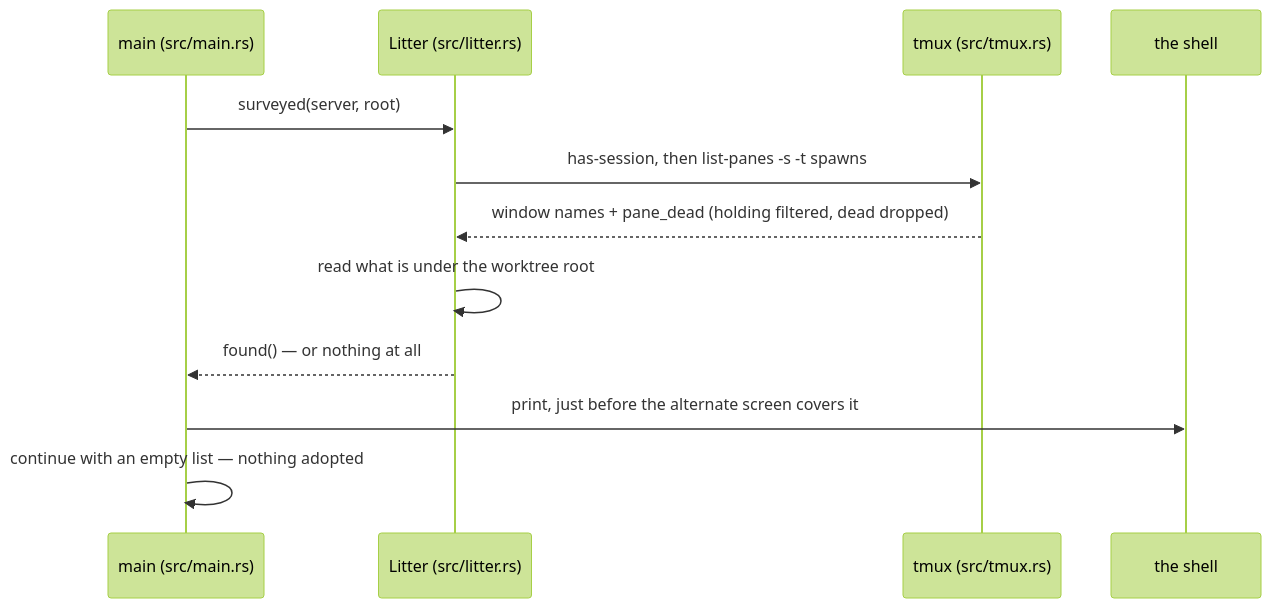
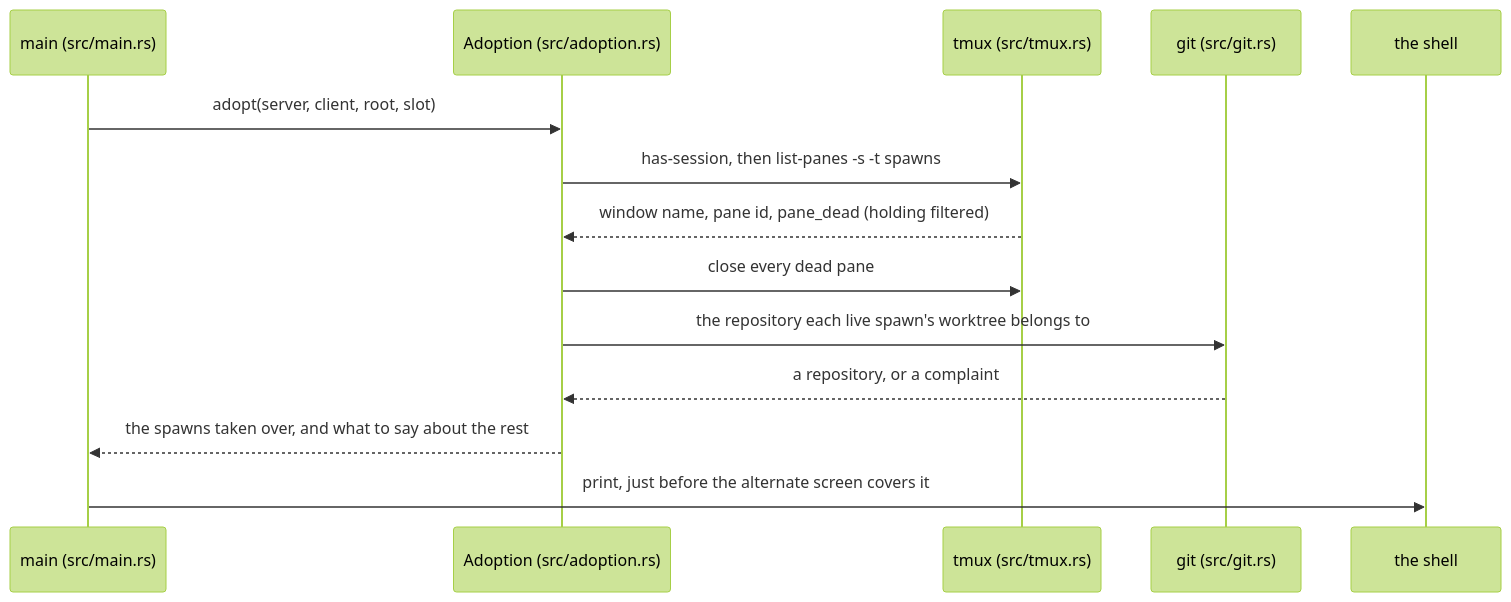
The diagram in docs/developers/scenarios/litter-at-startup.md (sylmarien/harness-launcher), drawn with Mermaid (forest theme) before and after one commit. The commit also changed other lines of this file and 20 other files, not shown here.

First line of the commit message:
Adopt the spawns an earlier run left running

````diff
--- a/docs/developers/scenarios/litter-at-startup.md
+++ b/docs/developers/scenarios/litter-at-startup.md
@@ -35,14 +36,16 @@
 ```mermaid
 sequenceDiagram
     participant M as main (src/main.rs)
-    participant L as Litter (src/litter.rs)
+    participant A as Adoption (src/adoption.rs)
     participant T as tmux (src/tmux.rs)
+    participant G as git (src/git.rs)
     participant Sh as the shell
-    M->>L: surveyed(server, root)
-    L->>T: has-session, then list-panes -s -t spawns
-    T-->>L: window names + pane_dead (holding filtered, dead dropped)
-    L->>L: read what is under the worktree root
-    L-->>M: found() — or nothing at all
+    M->>A: adopt(server, client, root, slot)
+    A->>T: has-session, then list-panes -s -t spawns
+    T-->>A: window name, pane id, pane_dead (holding filtered)
+    A->>T: close every dead pane
+    A->>G: the repository each live spawn's worktree belongs to
+    G-->>A: a repository, or a complaint
+    A-->>M: the spawns taken over, and what to say about the rest
     M->>Sh: print, just before the alternate screen covers it
-    M->>M: continue with an empty list — nothing adopted
 ```
````
